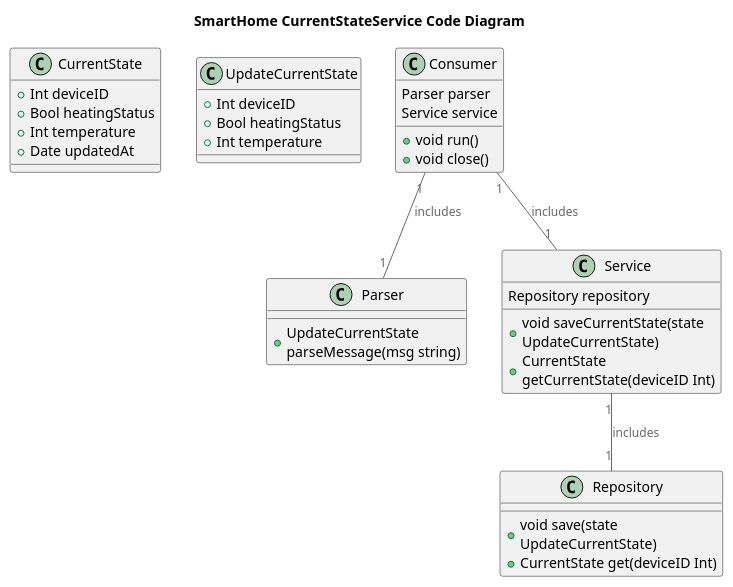
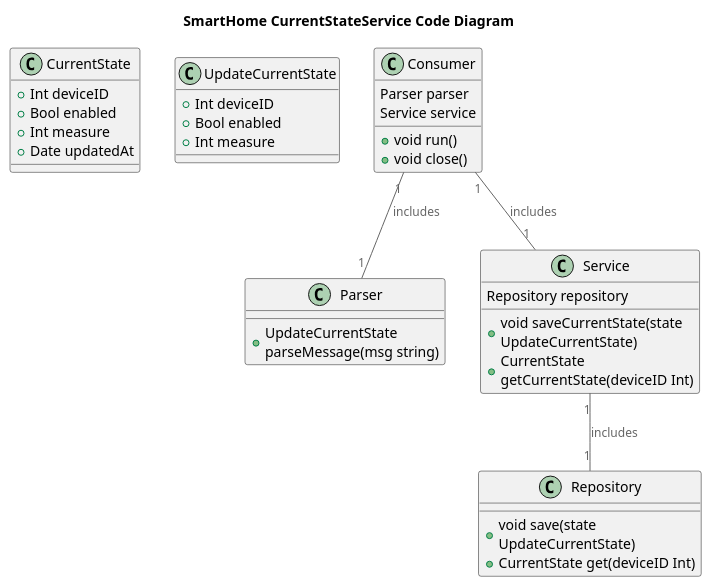
The diagram in sprint3/SmartHome_Code_CurrentStateService.puml (etloreq/yandex-practicum-arch-tasks), drawn with PlantUML before and after one commit. The commit also changed 15 other files, not shown here.

```diff
--- a/sprint3/SmartHome_Code_CurrentStateService.puml
+++ b/sprint3/SmartHome_Code_CurrentStateService.puml
@@ -1,47 +1,47 @@
 @startuml
 title SmartHome CurrentStateService Code Diagram
 
 top to bottom direction
 
 !include C4_Component.puml
 
 class CurrentState {
     +Int deviceID
-    +Bool heatingStatus
-    +Int temperature
+    +Bool enabled
+    +Int measure
     +Date updatedAt
 }
 
 class UpdateCurrentState {
     +Int deviceID
-    +Bool heatingStatus
-    +Int temperature
+    +Bool enabled
+    +Int measure
 }
 
 class Consumer {
     Parser parser
     Service service
     +void run()
     +void close()
 }
 
 class Parser {
     +UpdateCurrentState parseMessage(msg string)
 }
 
 class Service {
     Repository repository
     +void saveCurrentState(state UpdateCurrentState)
     +CurrentState getCurrentState(deviceID Int)
 }
 
 class Repository {
     +void save(state UpdateCurrentState)
     +CurrentState get(deviceID Int)
 }
 
 Consumer "1" -- "1" Parser : includes
 Consumer "1" -- "1" Service : includes
 Service "1" -- "1" Repository : includes
 
 @enduml
```
